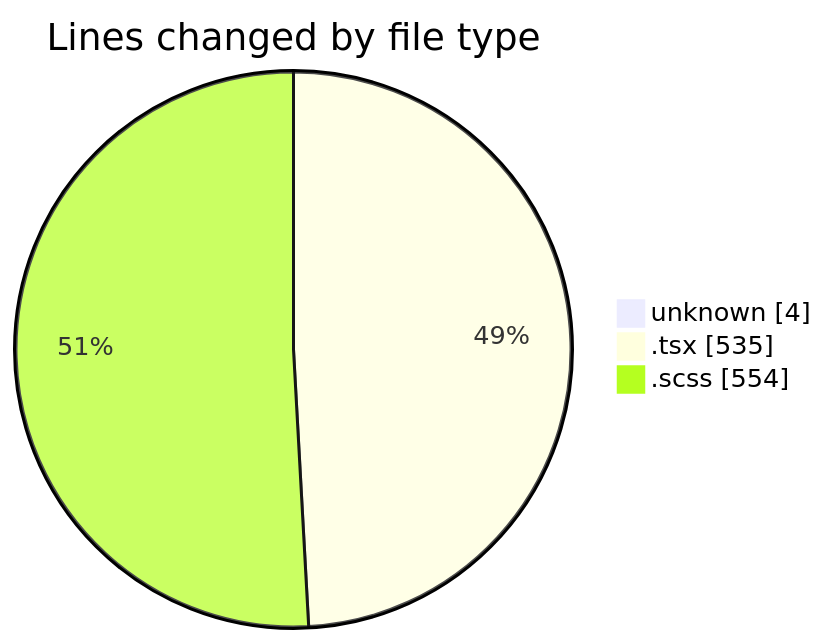
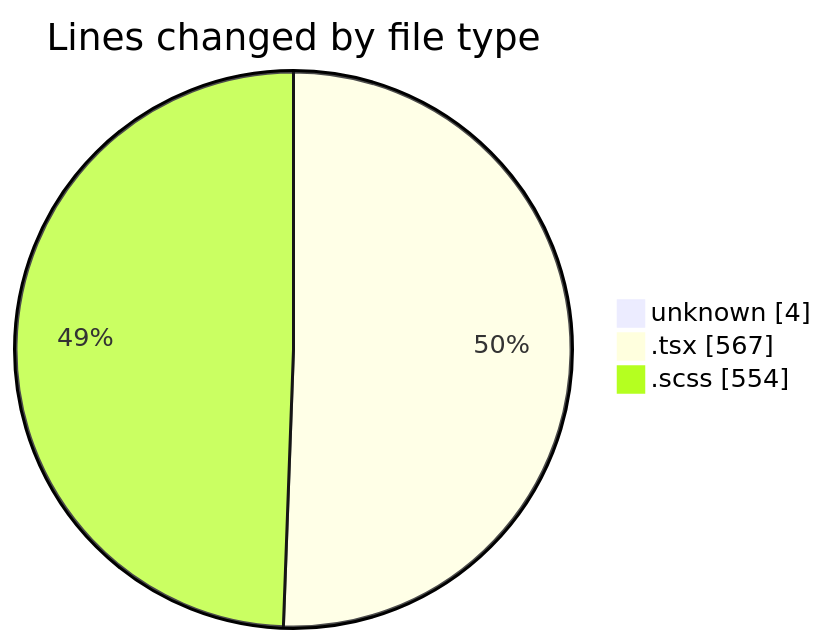
Before and after one commit to momahboobian/code-tracking: the first of 2 diagrams in 2025-02-14/cda/README.md, drawn with Mermaid. The commit also changed other lines of this file and 1 other file, not shown here.

````diff
--- a/2025-02-14/cda/README.md
+++ b/2025-02-14/cda/README.md
@@ -24,7 +24,7 @@
 ```mermaid
 pie showData
 title Lines changed by file type
 "unknown" : 4
-".tsx" : 535
+".tsx" : 567
 ".scss" : 554
 ```
````
